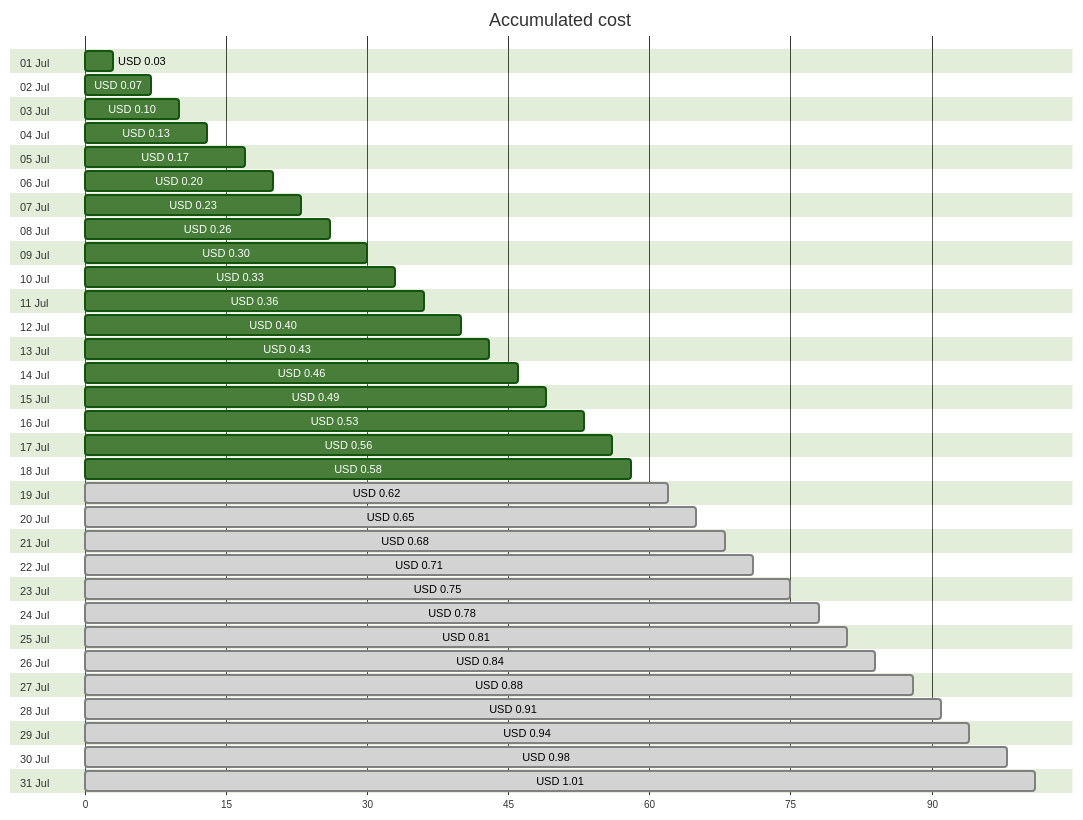
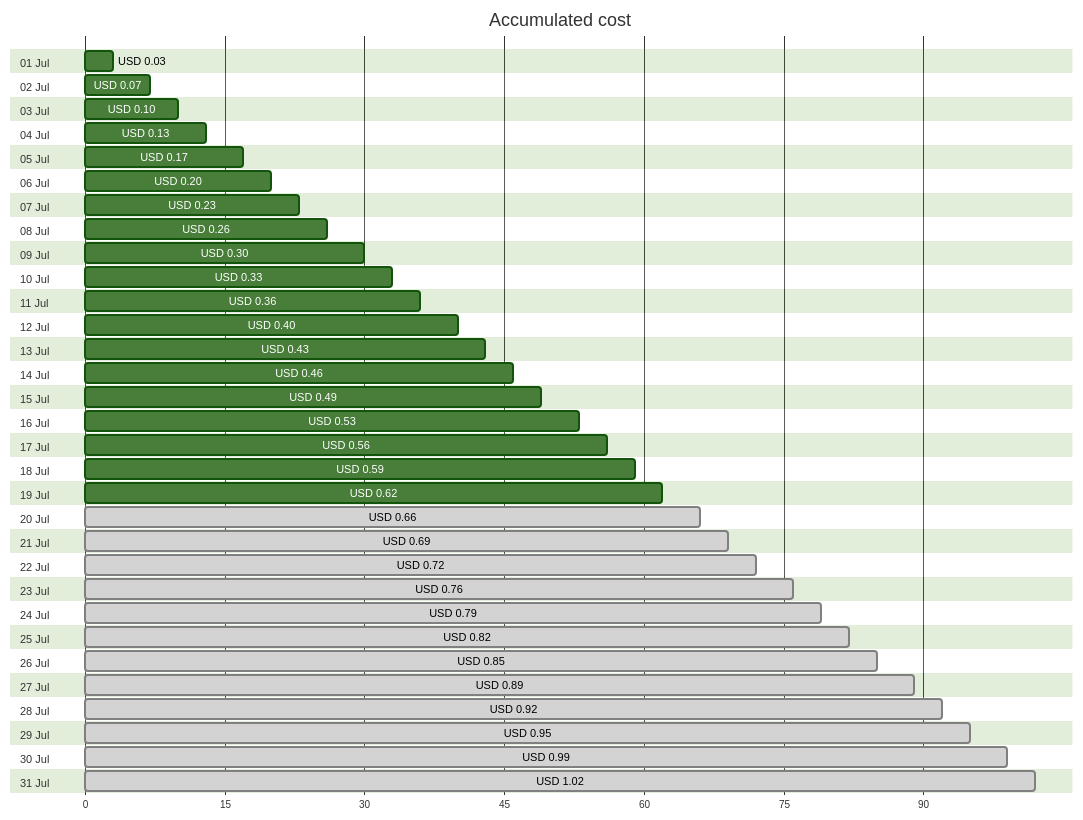
The first of 4 diagrams in cost-reports/personal-dns/README.md (jpfulton/azure-personal-reports), drawn with Mermaid (forest theme) before and after one commit. The commit also changed other lines of this file and 2 other files, not shown here.

Commit message:
Generated reports [skip ci]

````diff
--- a/cost-reports/personal-dns/README.md
+++ b/cost-reports/personal-dns/README.md
@@ -20,68 +20,68 @@
 ```mermaid
 gantt
    title Accumulated cost
    dateFormat  X
    axisFormat %s
    section 01 Jul
    USD 0.03 :0, 3
    section 02 Jul
    USD 0.07 :0, 7
    section 03 Jul
    USD 0.10 :0, 10
    section 04 Jul
    USD 0.13 :0, 13
    section 05 Jul
    USD 0.17 :0, 17
    section 06 Jul
    USD 0.20 :0, 20
    section 07 Jul
    USD 0.23 :0, 23
    section 08 Jul
    USD 0.26 :0, 26
    section 09 Jul
    USD 0.30 :0, 30
    section 10 Jul
    USD 0.33 :0, 33
    section 11 Jul
    USD 0.36 :0, 36
    section 12 Jul
    USD 0.40 :0, 40
    section 13 Jul
    USD 0.43 :0, 43
    section 14 Jul
    USD 0.46 :0, 46
    section 15 Jul
    USD 0.49 :0, 49
    section 16 Jul
    USD 0.53 :0, 53
    section 17 Jul
    USD 0.56 :0, 56
    section 18 Jul
-   USD 0.58 :0, 58
+   USD 0.59 :0, 59
    section 19 Jul
-   USD 0.62 : done, 0, 62
+   USD 0.62 :0, 62
    section 20 Jul
-   USD 0.65 : done, 0, 65
+   USD 0.66 : done, 0, 66
    section 21 Jul
-   USD 0.68 : done, 0, 68
+   USD 0.69 : done, 0, 69
    section 22 Jul
-   USD 0.71 : done, 0, 71
+   USD 0.72 : done, 0, 72
    section 23 Jul
-   USD 0.75 : done, 0, 75
+   USD 0.76 : done, 0, 76
    section 24 Jul
-   USD 0.78 : done, 0, 78
+   USD 0.79 : done, 0, 79
    section 25 Jul
-   USD 0.81 : done, 0, 81
+   USD 0.82 : done, 0, 82
    section 26 Jul
-   USD 0.84 : done, 0, 84
+   USD 0.85 : done, 0, 85
    section 27 Jul
-   USD 0.88 : done, 0, 88
+   USD 0.89 : done, 0, 89
    section 28 Jul
-   USD 0.91 : done, 0, 91
+   USD 0.92 : done, 0, 92
    section 29 Jul
-   USD 0.94 : done, 0, 94
+   USD 0.95 : done, 0, 95
    section 30 Jul
-   USD 0.98 : done, 0, 98
+   USD 0.99 : done, 0, 99
    section 31 Jul
-   USD 1.01 : done, 0, 101
+   USD 1.02 : done, 0, 102
 ```
````
